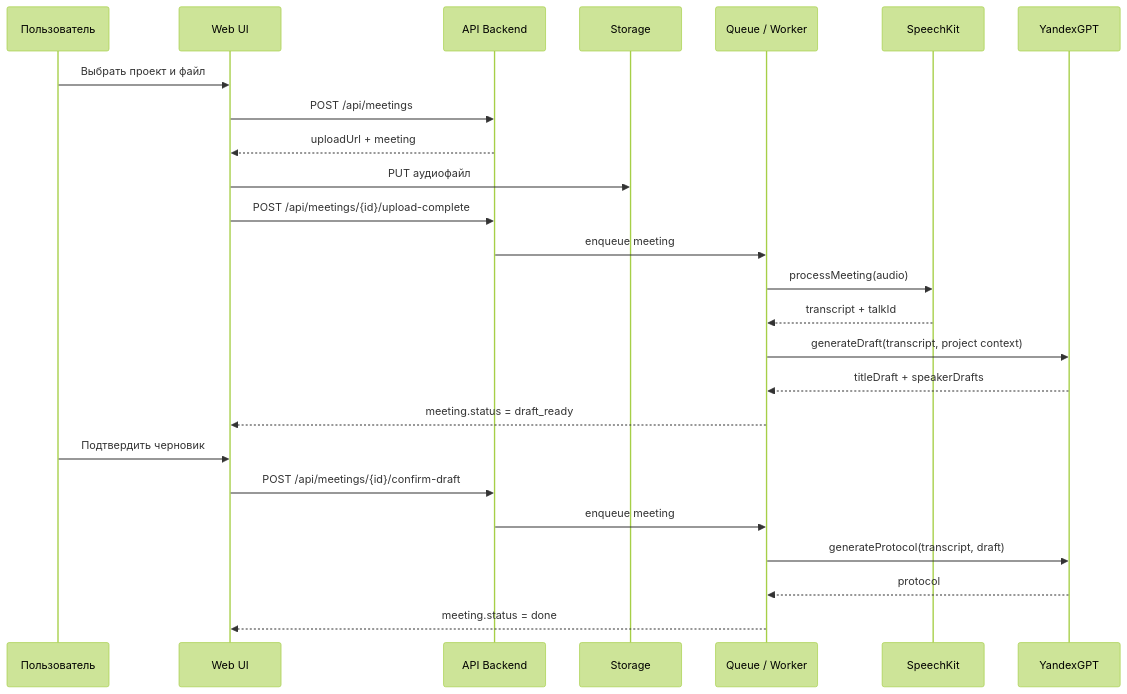
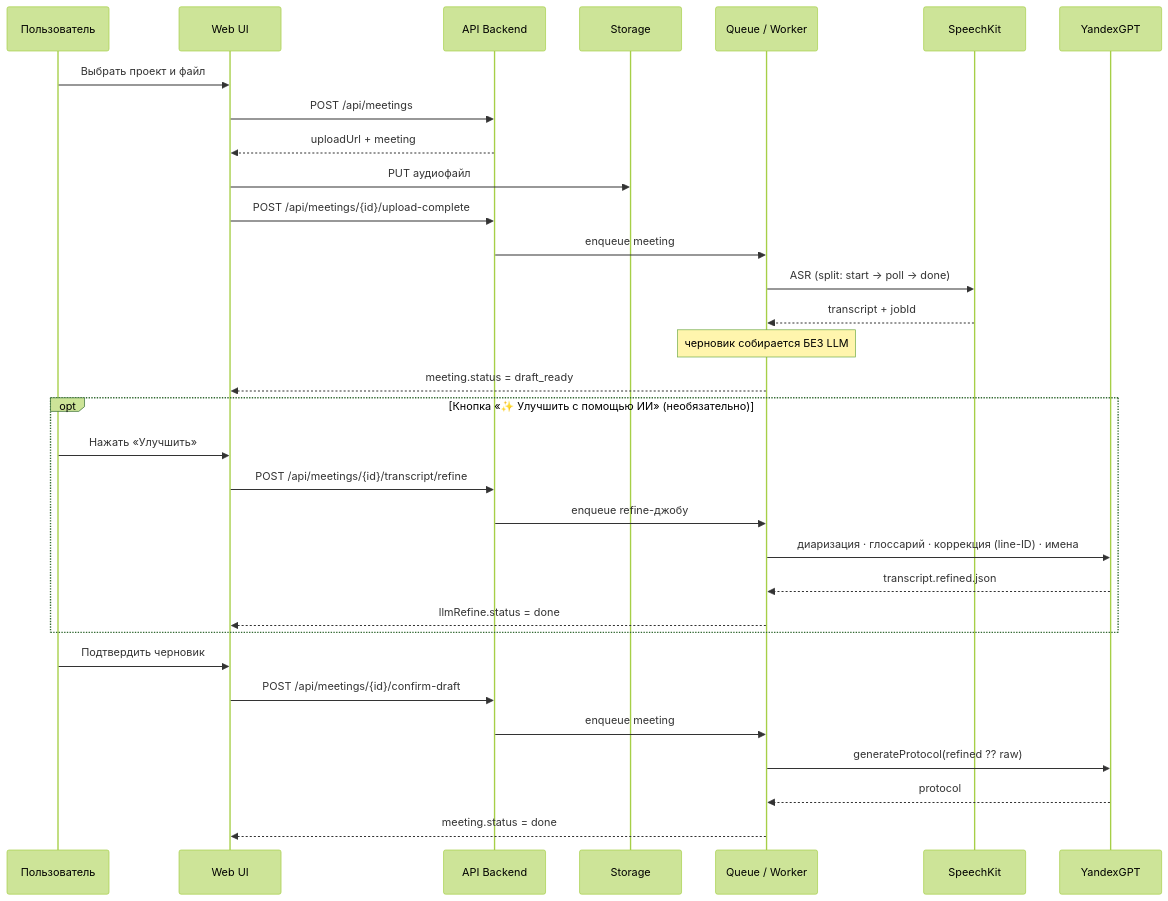
Before and after one commit to Gumbatali/YaSpeech-Public: the third of 3 diagrams in docs/project-handbook/04-system-analysis/state-and-sequence.md, drawn with Mermaid (forest theme). The commit also changed other lines of this file and 16 other files, not shown here.

````diff
--- a/docs/project-handbook/04-system-analysis/state-and-sequence.md
+++ b/docs/project-handbook/04-system-analysis/state-and-sequence.md
@@ -21,28 +33,37 @@
 ```mermaid
 sequenceDiagram
   participant U as Пользователь
   participant W as Web UI
   participant API as API Backend
   participant S as Storage
   participant Q as Queue / Worker
   participant SS as SpeechKit
   participant AI as YandexGPT
 
   U->>W: Выбрать проект и файл
   W->>API: POST /api/meetings
   API-->>W: uploadUrl + meeting
   W->>S: PUT аудиофайл
   W->>API: POST /api/meetings/{id}/upload-complete
   API->>Q: enqueue meeting
-  Q->>SS: processMeeting(audio)
-  SS-->>Q: transcript + talkId
-  Q->>AI: generateDraft(transcript, project context)
-  AI-->>Q: titleDraft + speakerDrafts
+  Q->>SS: ASR (split: start → poll → done)
+  SS-->>Q: transcript + jobId
+  Note over Q: черновик собирается БЕЗ LLM
   Q-->>W: meeting.status = draft_ready
+
+  opt Кнопка «✨ Улучшить с помощью ИИ» (необязательно)
+    U->>W: Нажать «Улучшить»
+    W->>API: POST /api/meetings/{id}/transcript/refine
+    API->>Q: enqueue refine-джобу
+    Q->>AI: диаризация · глоссарий · коррекция (line-ID) · имена
+    AI-->>Q: transcript.refined.json
+    Q-->>W: llmRefine.status = done
+  end
+
   U->>W: Подтвердить черновик
   W->>API: POST /api/meetings/{id}/confirm-draft
   API->>Q: enqueue meeting
-  Q->>AI: generateProtocol(transcript, draft)
+  Q->>AI: generateProtocol(refined ?? raw)
   AI-->>Q: protocol
   Q-->>W: meeting.status = done
 ```
````
